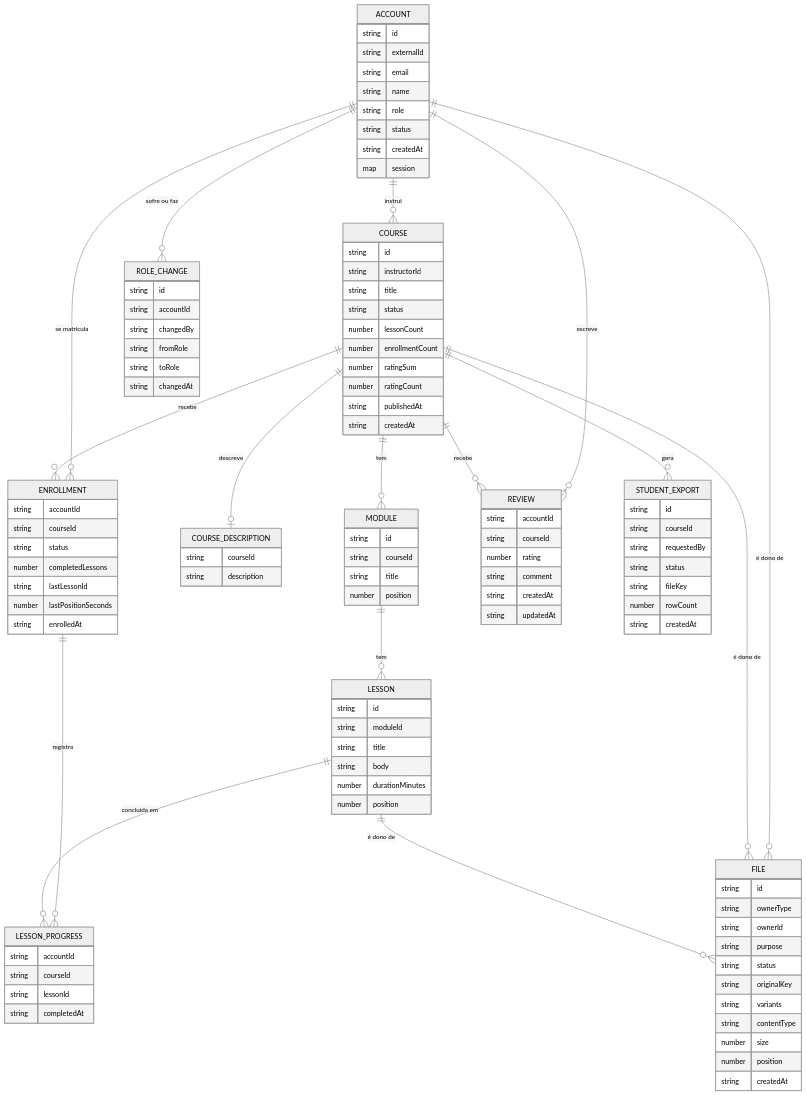
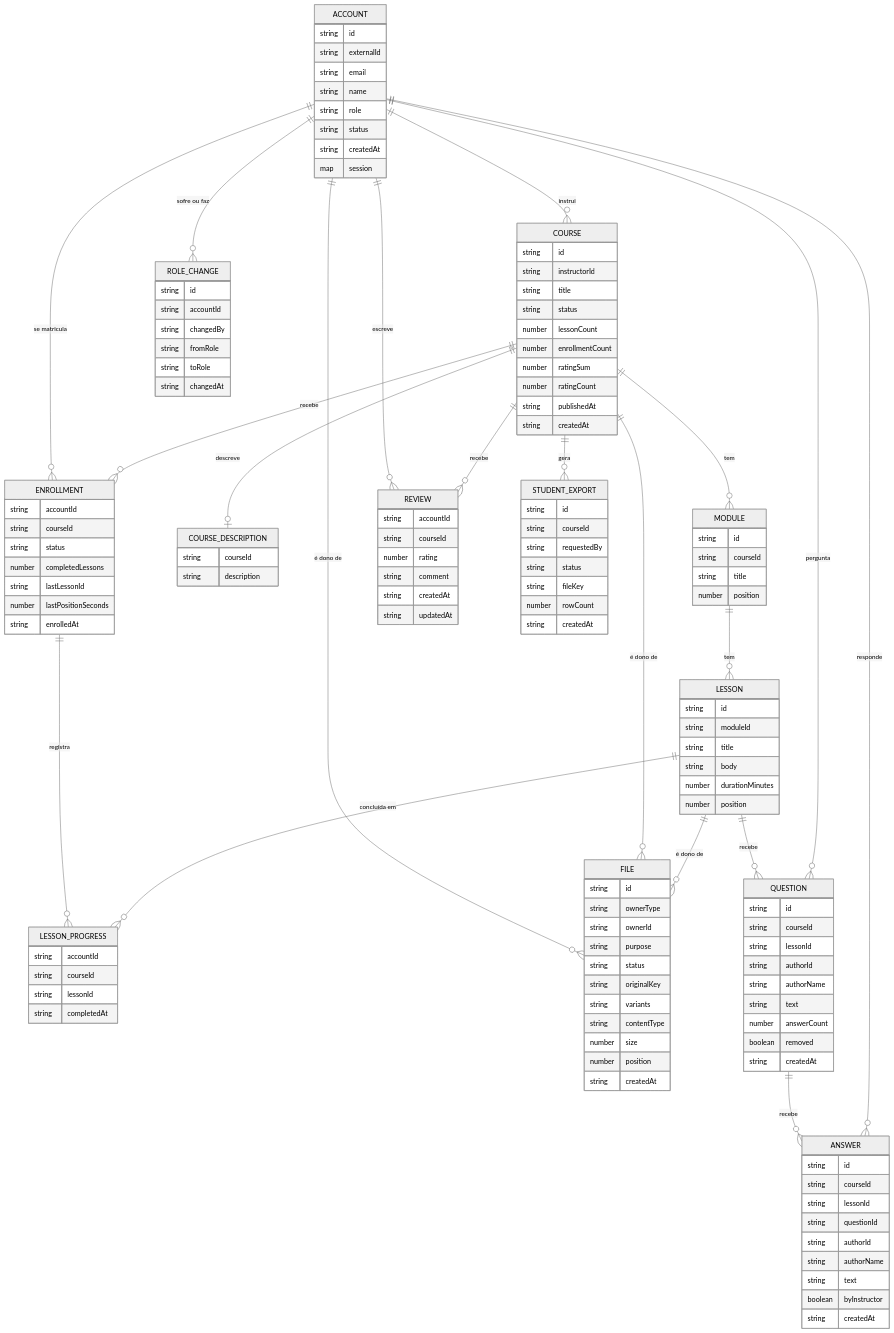
The diagram in docs/data-model.md (joaosoarees/coursary-api), drawn with Mermaid (neutral theme) before and after one commit. The commit also changed other lines of this file, not shown here.

Commit message:
docs(data-model): add lesson questions and answers

````diff
--- a/docs/data-model.md
+++ b/docs/data-model.md
@@ -25,6 +25,10 @@
   COURSE ||--o{ FILE : "é dono de"
   LESSON ||--o{ FILE : "é dono de"
   COURSE ||--o{ STUDENT_EXPORT : gera
+  LESSON ||--o{ QUESTION : recebe
+  QUESTION ||--o{ ANSWER : recebe
+  ACCOUNT ||--o{ QUESTION : pergunta
+  ACCOUNT ||--o{ ANSWER : responde
 
   ACCOUNT {
     string id
@@ -119,4 +123,26 @@
     number rowCount
     string createdAt
   }
+  QUESTION {
+    string id
+    string courseId
+    string lessonId
+    string authorId
+    string authorName
+    string text
+    number answerCount
+    boolean removed
+    string createdAt
+  }
+  ANSWER {
+    string id
+    string courseId
+    string lessonId
+    string questionId
+    string authorId
+    string authorName
+    string text
+    boolean byInstructor
+    string createdAt
+  }
 ```
````
